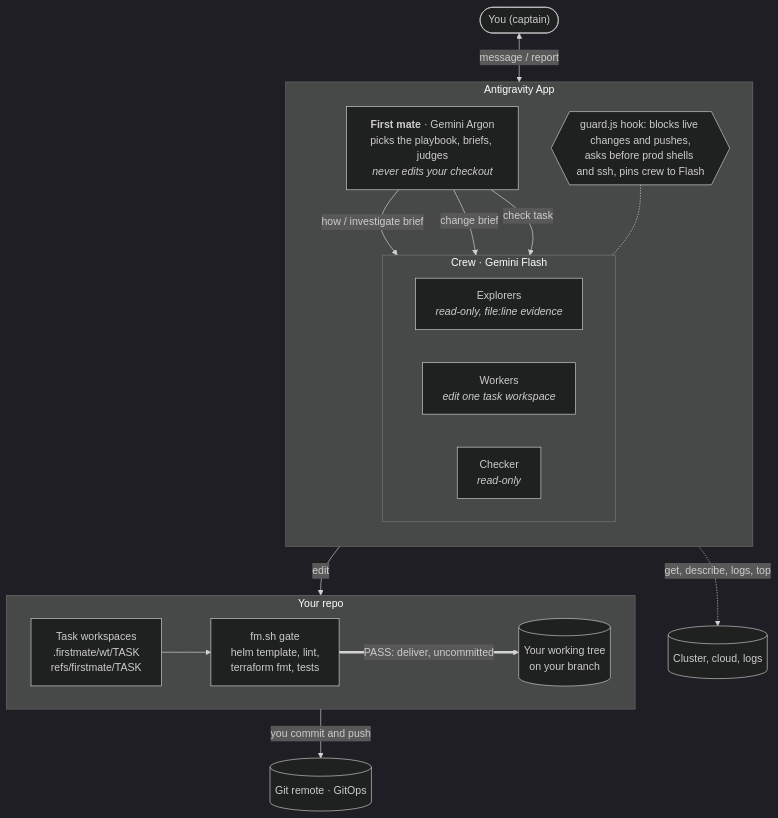
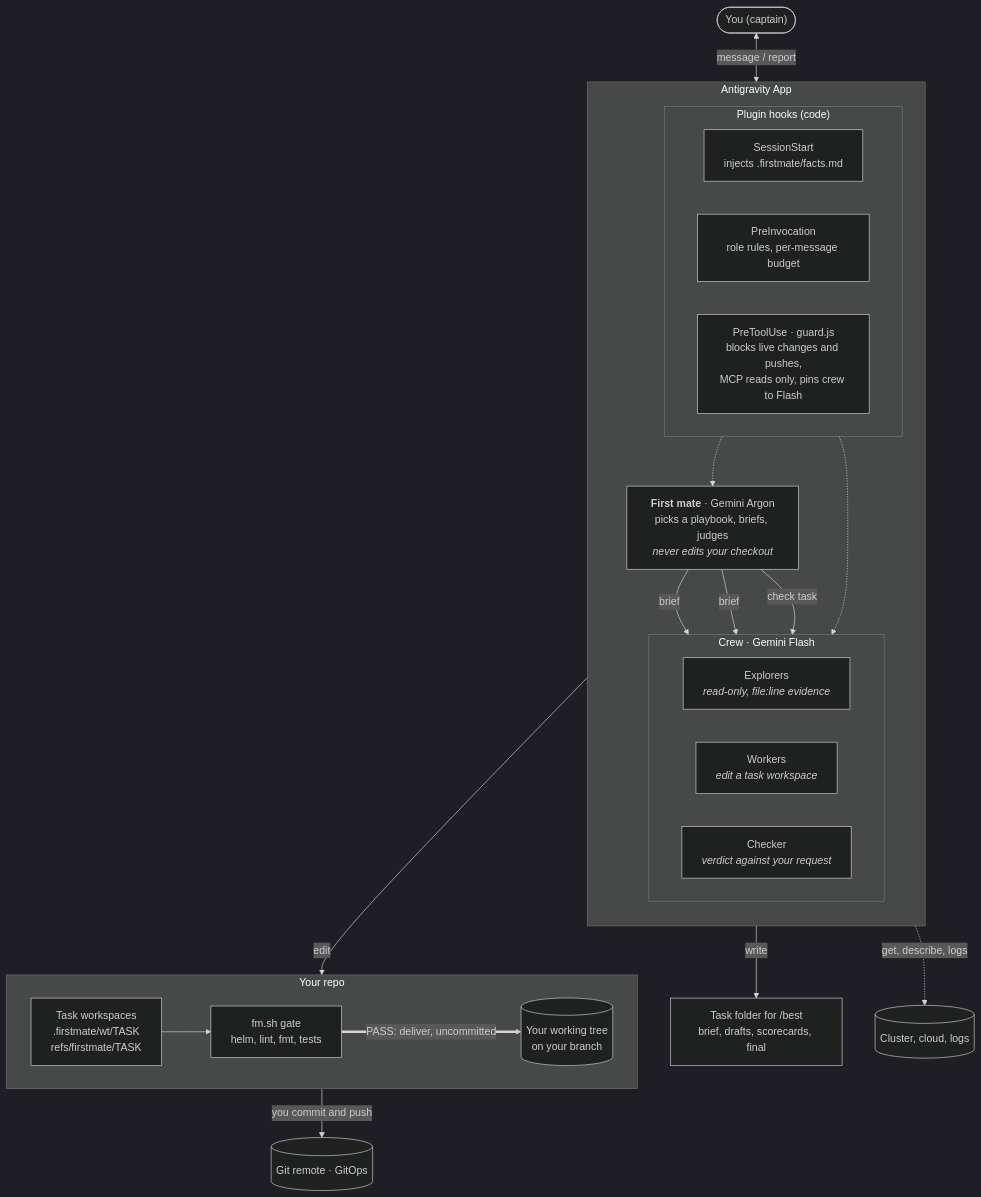
Before and after one commit to cuongtt0201/antigravity-firstmate: the first of 2 diagrams in README.md, drawn with Mermaid (dark theme). The commit also changed other lines of this file, not shown here.

Commit message:
README: purpose, architecture, request flow, /best, requirements; benchmarks to come

````diff
--- a/README.md
+++ b/README.md
@@ -15,37 +18,45 @@
 ```mermaid
 flowchart TB
   you(["You (captain)"])
 
   subgraph app["Antigravity App"]
     direction TB
-    fm["<b>First mate</b> · Gemini Argon<br/>picks the playbook, briefs, judges<br/><i>never edits your checkout</i>"]
+    subgraph hooks["Plugin hooks (code)"]
+      direction LR
+      ss["SessionStart<br/>injects .firstmate/facts.md"]
+      pi["PreInvocation<br/>role rules, per-message budget"]
+      guard["PreToolUse · guard.js<br/>blocks live changes and pushes,<br/>MCP reads only, pins crew to Flash"]
+    end
+    fm["<b>First mate</b> · Gemini Argon<br/>picks a playbook, briefs, judges<br/><i>never edits your checkout</i>"]
     subgraph crew["Crew · Gemini Flash"]
       direction LR
-      inv["Explorers<br/><i>read-only, file:line evidence</i>"]
-      wk["Workers<br/><i>edit one task workspace</i>"]
-      ck["Checker<br/><i>read-only</i>"]
+      ex["Explorers<br/><i>read-only, file:line evidence</i>"]
+      wk["Workers<br/><i>edit a task workspace</i>"]
+      ck["Checker<br/><i>verdict against your request</i>"]
     end
-    guard{{"guard.js hook: blocks live changes and pushes,<br/>asks before prod shells and ssh, pins crew to Flash"}}
   end
 
   subgraph repo["Your repo"]
     direction LR
     wt["Task workspaces<br/>.firstmate/wt/TASK<br/>refs/firstmate/TASK"]
-    gate["fm.sh gate<br/>helm template, lint,<br/>terraform fmt, tests"]
+    gate["fm.sh gate<br/>helm, lint, fmt, tests"]
     tree[("Your working tree<br/>on your branch")]
   end
 
+  docs["Task folder for /best<br/>brief, drafts, scorecards, final"]
   live[("Cluster, cloud, logs")]
   remote[("Git remote · GitOps")]
 
   you <-->|"message / report"| fm
-  fm -->|"how / investigate brief"| inv
-  fm -->|"change brief"| wk
+  hooks -.-> fm
+  hooks -.-> crew
+  fm -->|"brief"| ex
+  fm -->|"brief"| wk
   fm -->|"check task"| ck
-  inv -.->|"get, describe, logs, top"| live
+  ex -.->|"get, describe, logs"| live
   wk -->|"edit"| wt
+  wk -->|"write"| docs
   wt --> gate
   gate ==>|"PASS: deliver, uncommitted"| tree
   tree -->|"you commit and push"| remote
-  guard -.- crew
 ```
````
